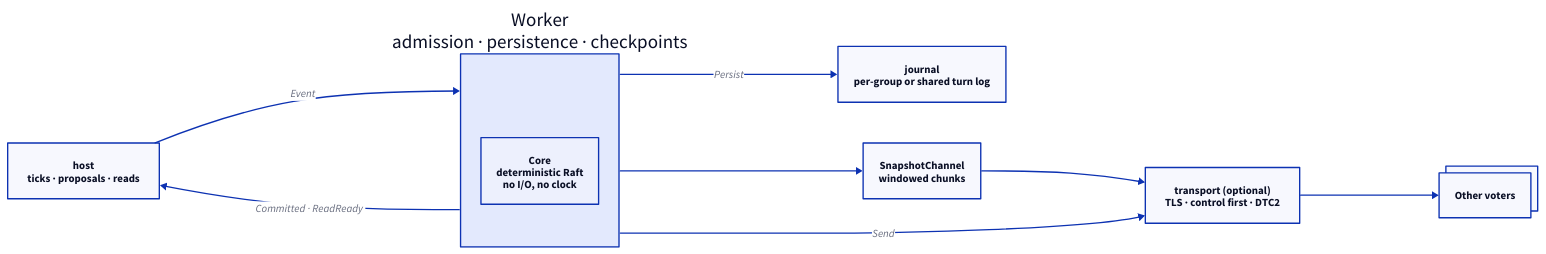
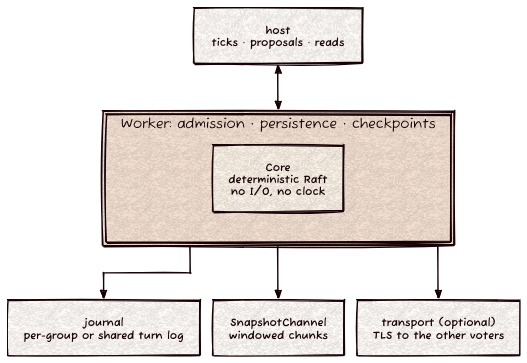
One commit to Kronuz/consensus changed the diagram in docs/consensus.d2. Above: the diagram before and after it, drawn with D2. The commit also changed 3 other files, not shown here.

```diff
--- a/docs/consensus.d2
+++ b/docs/consensus.d2
@@ -1,38 +1,21 @@
 # consensus: a deterministic Raft core, its Worker, and the pieces around it.
 # Render: d2 --layout elk --sketch --theme 302 docs/consensus.d2 docs/consensus.svg
-direction: right
+vars: { d2-config: { layout-engine: elk; theme-id: 302; sketch: true; pad: 24 } }
+direction: down
 
-host: Host {
-  label: "host\nticks · proposals · reads"
+host: "host\nticks · proposals · reads"
+
+worker: Worker {
+  label: "Worker: admission · persistence · checkpoints"
+  style.font-size: 20
+  core: "Core\ndeterministic Raft\nno I/O, no clock"
 }
 
-worker: Worker {
-  core: Core {
-    label: "Core\ndeterministic Raft\nno I/O, no clock"
-  }
-  label: "Worker\nadmission · persistence · checkpoints"
-}
+journal: "journal\nper-group or shared turn log"
+channel: "SnapshotChannel\nwindowed chunks"
+transport: "transport (optional)\nTLS to the other voters"
 
-journal: journal {
-  label: "journal\nper-group or shared turn log"
-}
-
-channel: SnapshotChannel {
-  label: "SnapshotChannel\nwindowed chunks"
-}
-
-transport: Peers {
-  label: "transport (optional)\nTLS · control first · DTC2"
-}
-
-peers: Other voters {
-  style.multiple: true
-}
-
-host -> worker: "Event"
-worker -> host: "Committed · ReadReady"
-worker -> journal: "Persist"
+host <-> worker
+worker -> journal
 worker -> channel
-channel -> transport
-worker -> transport: "Send"
-transport -> peers
+worker -> transport
```
